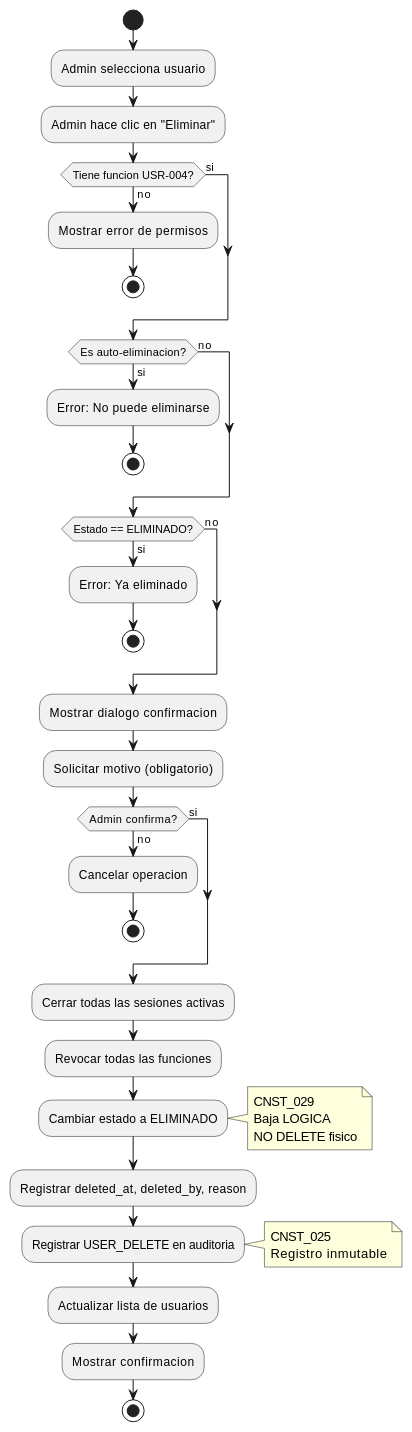
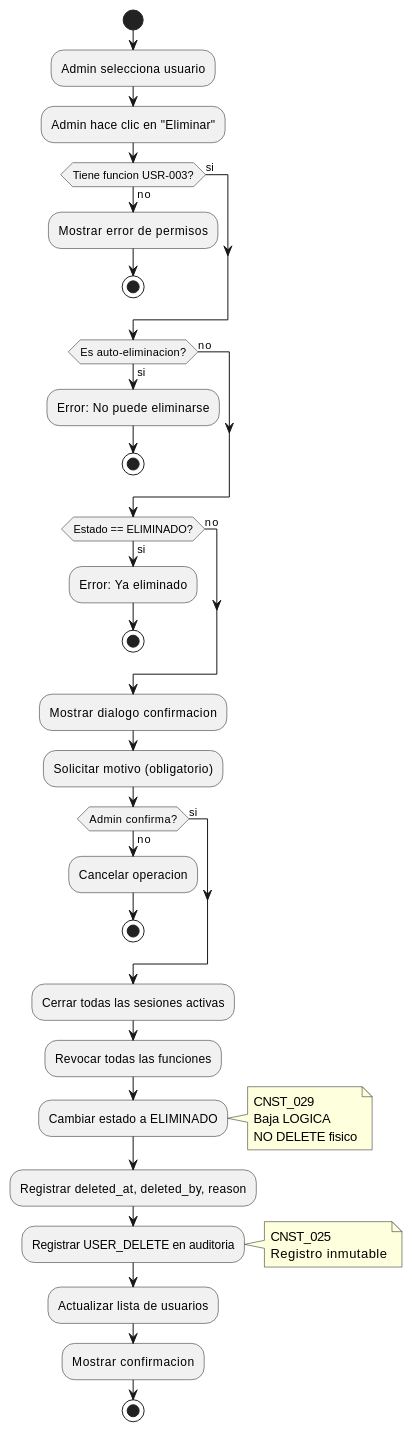
Before and after one commit to jcg-admin/IACT-docs: the third of 3 diagrams in source/requisitos/casos-uso/users/uc-usr-04-eliminar-usuario.rst, drawn with PlantUML. The commit also changed other lines of this file and 8 other files, not shown here.

```diff
--- a/source/requisitos/casos-uso/users/uc-usr-04-eliminar-usuario.rst
+++ b/source/requisitos/casos-uso/users/uc-usr-04-eliminar-usuario.rst
@@ -442,64 +442,64 @@
 .. uml::
  :caption: Diagrama de Actividad - UC_USR_04
 
  @startuml
 
  start
 
  :Admin selecciona usuario;
 
  :Admin hace clic en "Eliminar";
 
- if (Tiene funcion USR-004?) then (no)
+ if (Tiene funcion USR-003?) then (no)
  :Mostrar error de permisos;
  stop
  else (si)
  endif
 
  if (Es auto-eliminacion?) then (si)
  :Error: No puede eliminarse;
  stop
  else (no)
  endif
 
  if (Estado == ELIMINADO?) then (si)
  :Error: Ya eliminado;
  stop
  else (no)
  endif
 
  :Mostrar dialogo confirmacion;
  :Solicitar motivo (obligatorio);
 
  if (Admin confirma?) then (no)
  :Cancelar operacion;
  stop
  else (si)
  endif
 
  :Cerrar todas las sesiones activas;
 
  :Revocar todas las funciones;
 
  :Cambiar estado a ELIMINADO;
  note right
  CNST_029
  Baja LOGICA
  NO DELETE fisico
  end note
 
  :Registrar deleted_at, deleted_by, reason;
 
  :Registrar USER_DELETE en auditoria;
  note right
  CNST_025
  Registro inmutable
  end note
 
  :Actualizar lista de usuarios;
 
  :Mostrar confirmacion;
 
  stop
 
  @enduml
```
